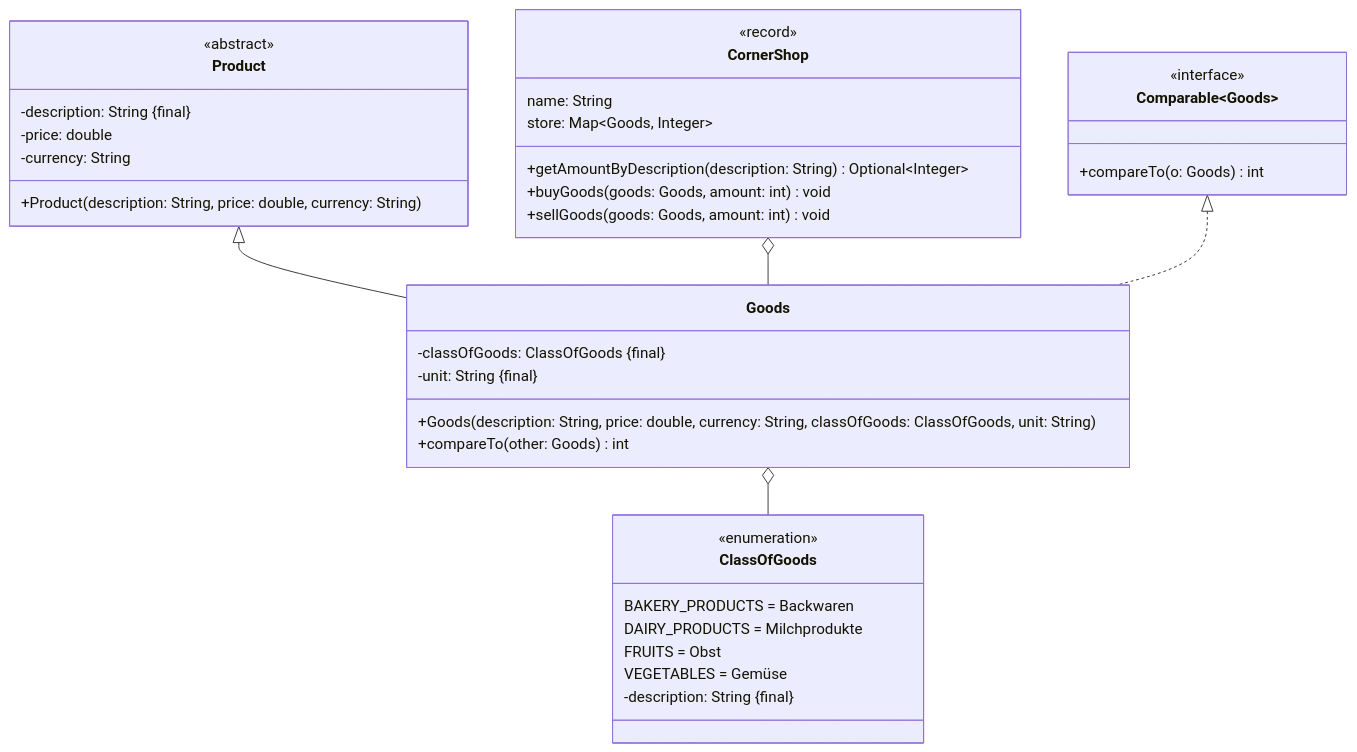
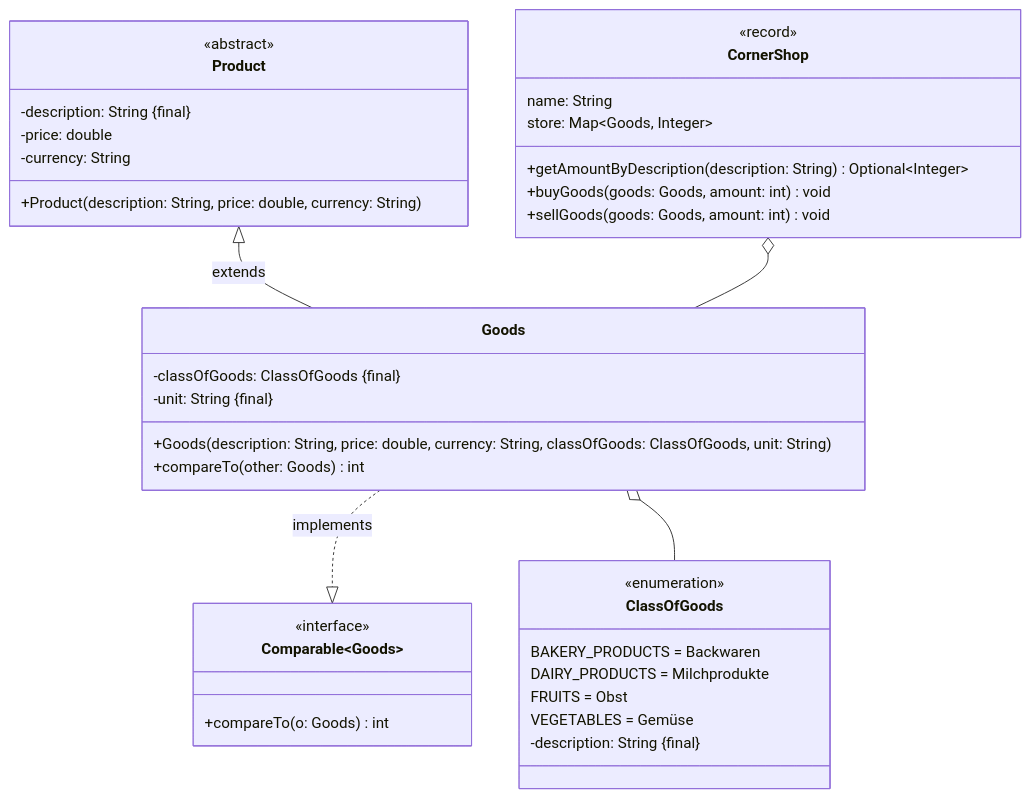
Before and after one commit to jappuccini/java-docs: the diagram in docs/exam-exercises/exam-exercises-java2/corner-shop.md, drawn with Mermaid. The commit also changed 36 other files, not shown here.

````diff
--- a/docs/exam-exercises/exam-exercises-java2/corner-shop.md
+++ b/docs/exam-exercises/exam-exercises-java2/corner-shop.md
@@ -13,45 +13,45 @@
 ```mermaid
 classDiagram
-    Product <|-- Goods
+    Product <|-- Goods : extends
     CornerShop o-- Goods
-    Comparable~Goods~ <|.. Goods
+    Goods ..|> Comparable~Goods~ : implements
     Goods o-- ClassOfGoods
 
     class Product {
         <<abstract>>
         -description: String &#123final&#125
         -price: double
         -currency: String
         +Product(description: String, price: double, currency: String)
     }
 
     class Goods {
         -classOfGoods: ClassOfGoods &#123final&#125
         -unit: String &#123final&#125
         +Goods(description: String, price: double, currency: String, classOfGoods: ClassOfGoods, unit: String)
         +compareTo(other: Goods) int
     }
 
     class Comparable~Goods~ {
         <<interface>>
         +compareTo(o: Goods) int
     }
 
     class CornerShop {
         <<record>>
         name: String
         store: Map~Goods, Integer~
         +getAmountByDescription(description: String) Optional~Integer~
         +buyGoods(goods: Goods, amount: int) void
         +sellGoods(goods: Goods, amount: int) void
     }
 
     class ClassOfGoods {
         <<enumeration>>
         BAKERY_PRODUCTS = Backwaren
         DAIRY_PRODUCTS = Milchprodukte
         FRUITS = Obst
         VEGETABLES = Gemüse
         -description: String &#123final&#125
     }
 ```
````
